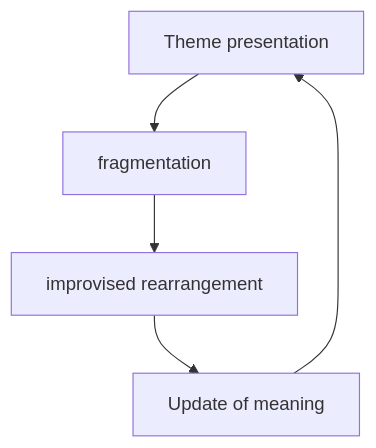
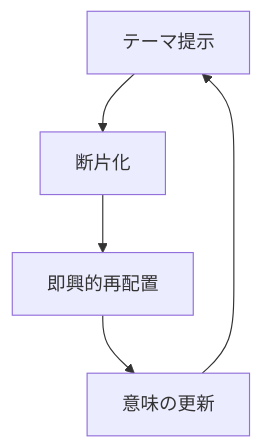
Before and after one commit to monumental-movement/monumental-movement.github.io: the first of 5 diagrams in en/_posts/2026-04-18-column-basquiat.md, drawn with Mermaid. The commit also changed other lines of this file and 2196 other files, not shown here.

```diff
--- a/en/_posts/2026-04-18-column-basquiat.md
+++ b/en/_posts/2026-04-18-column-basquiat.md
@@ -56,7 +55,7 @@
 <div class="mermaid">
 flowchart TD
-A[Theme presentation] --> B[fragmentation]
-B --> C[improvised rearrangement]
-C --> D[Update of meaning]
+A[テーマ提示] --> B[断片化]
+B --> C[即興的再配置]
+C --> D[意味の更新]
 D --> A
 </div>
```
